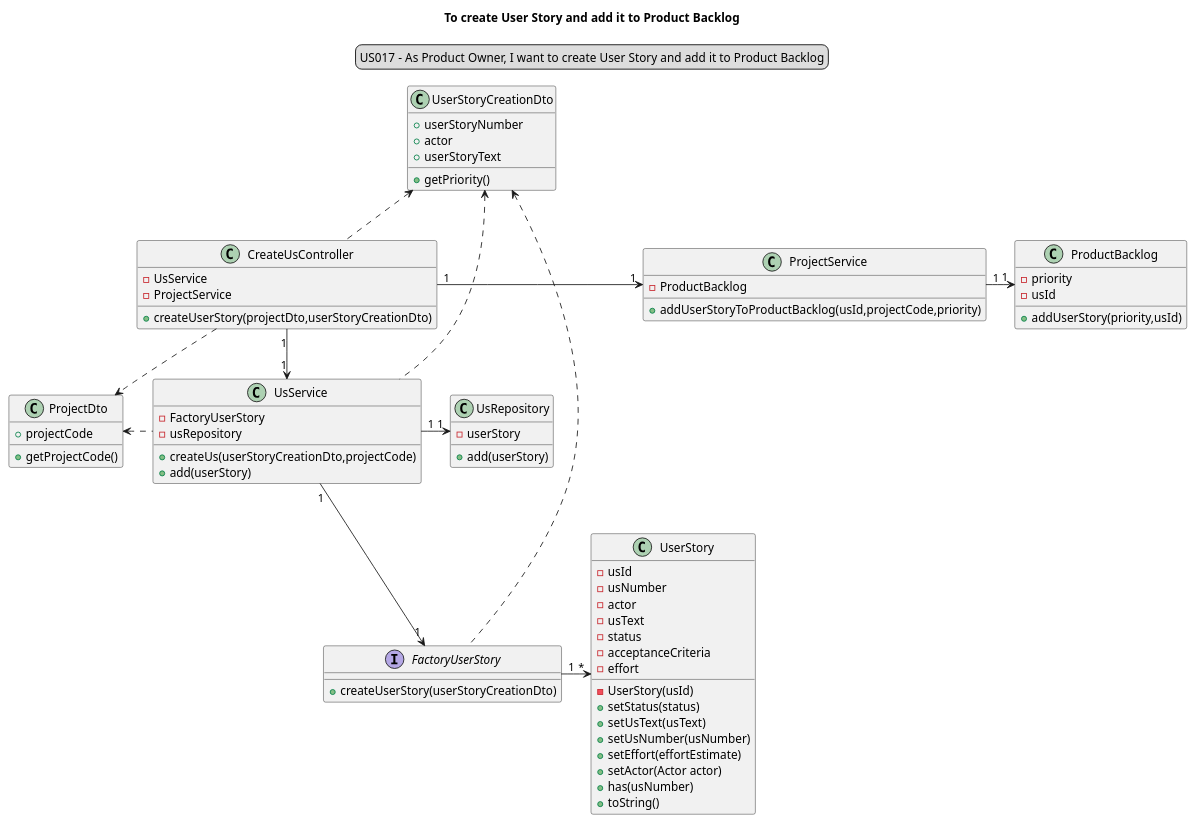
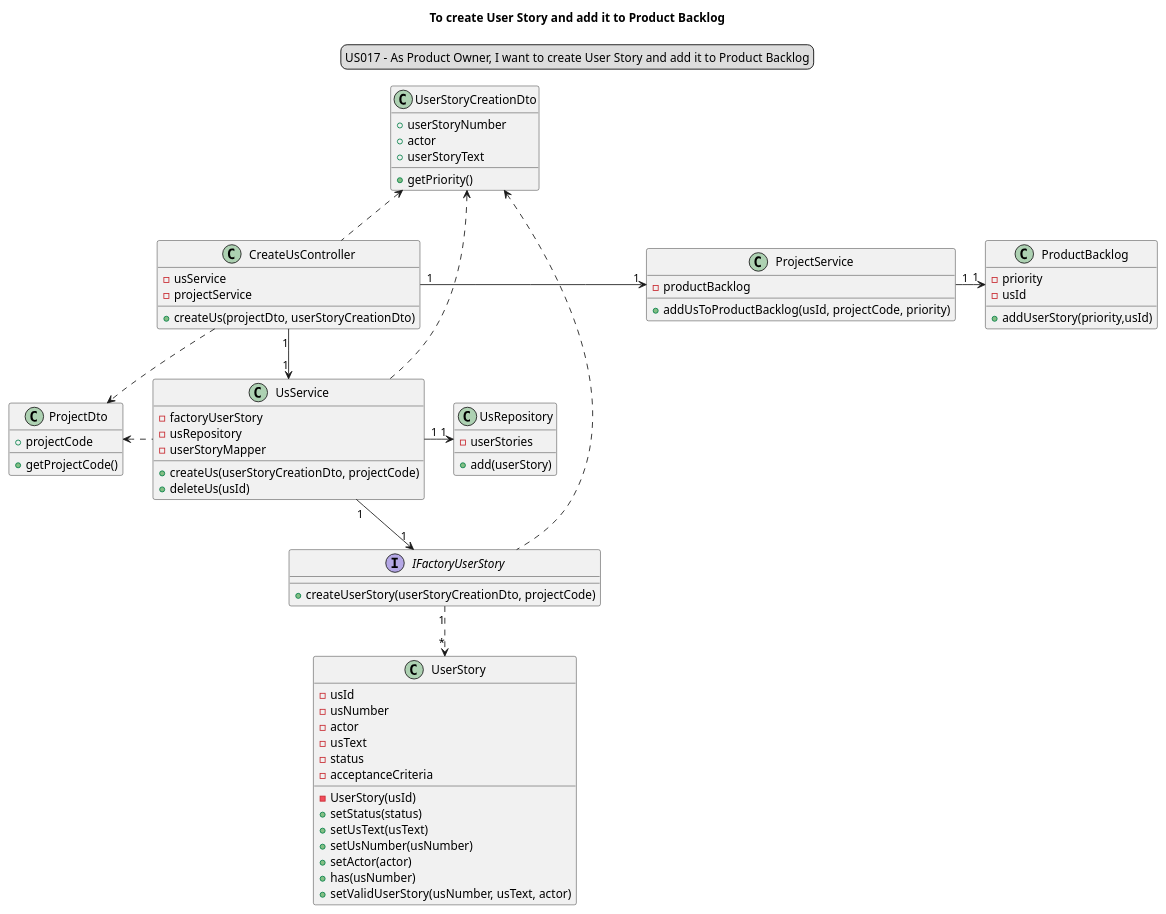
One commit to Loracline/project_switch_22-23 changed the diagram in docs/modelling_design/user_stories/sprint03/us017/US017_classDiagram.puml. Above: the diagram before and after it, drawn with PlantUML. The commit also changed 3 other files, not shown here.

Commit message:
US017-US018: Design: Updated sequence and class diagrams of US017 and US018, closes #235

```diff
--- a/docs/modelling_design/user_stories/sprint03/us017/US017_classDiagram.puml
+++ b/docs/modelling_design/user_stories/sprint03/us017/US017_classDiagram.puml
@@ -1,85 +1,85 @@
 @startuml
 'https://plantuml.com/sequence-diagram
 legend top
 US017 - As Product Owner, I want to create User Story and add it to Product Backlog
 end legend
 skinparam sequenceMessageAlign center
 title To create User Story and add it to Product Backlog
 
 
 class "CreateUsController" {
-- UsService
-- ProjectService
-+ createUserStory(projectDto,userStoryCreationDto)
+- usService
+- projectService
++ createUs(projectDto, userStoryCreationDto)
 }
 
 class "UsService" {
-- FactoryUserStory
+- factoryUserStory
 - usRepository
-+ createUs(userStoryCreationDto,projectCode)
-+  add(userStory)
+- userStoryMapper
++ createUs(userStoryCreationDto, projectCode)
++ deleteUs(usId)
 }
 
 class "UsRepository" {
--userStory
+-userStories
 +add(userStory)
 }
 
 class "ProjectService"{
--ProductBacklog
-+ addUserStoryToProductBacklog(usId,projectCode,priority)
+-productBacklog
++ addUsToProductBacklog(usId, projectCode, priority)
 }
 
 class "ProductBacklog" {
 -priority
 -usId
 +addUserStory(priority,usId)
 }
 
 class "UserStory"{
 - usId
 - usNumber
 - actor
 - usText
 - status
 - acceptanceCriteria
-- effort
 -UserStory(usId)
 +setStatus(status)
 +setUsText(usText)
 +setUsNumber(usNumber)
-+setEffort(effortEstimate)
-+setActor(Actor actor)
++setActor(actor)
 +has(usNumber)
-+toString()
++setValidUserStory(usNumber, usText, actor)
 }
 
-interface "FactoryUserStory" {
-+ createUserStory(userStoryCreationDto)
+interface "IFactoryUserStory" {
++ createUserStory(userStoryCreationDto, projectCode)
 }
+
 
 class "UserStoryCreationDto"{
 +userStoryNumber
 +actor
 +userStoryText
 +getPriority()
 }
 
 class "ProjectDto"{
 +projectCode
 +getProjectCode()
 }
 
 "CreateUsController""1"-->"1" "UsService"
-"UsService" "1"-->"1" "FactoryUserStory"
+"UsService" "1"-->"1" "IFactoryUserStory"
 "UserStoryCreationDto" <.. "CreateUsController"
 "UserStoryCreationDto" <. "UsService"
-"UserStoryCreationDto" <. "FactoryUserStory"
-"FactoryUserStory" "1"->"*" "UserStory"
+"UserStoryCreationDto" <. "IFactoryUserStory"
+"IFactoryUserStory" "1"..>"*" "UserStory"
 "ProjectDto" <. "UsService"
 "UsService" "1"->"1" "UsRepository"
 "CreateUsController" "1"->"1" "ProjectService"
 "CreateUsController" .>"ProjectDto"
 "ProjectService" "1"->"1" "ProductBacklog"
 
 @enduml
```
